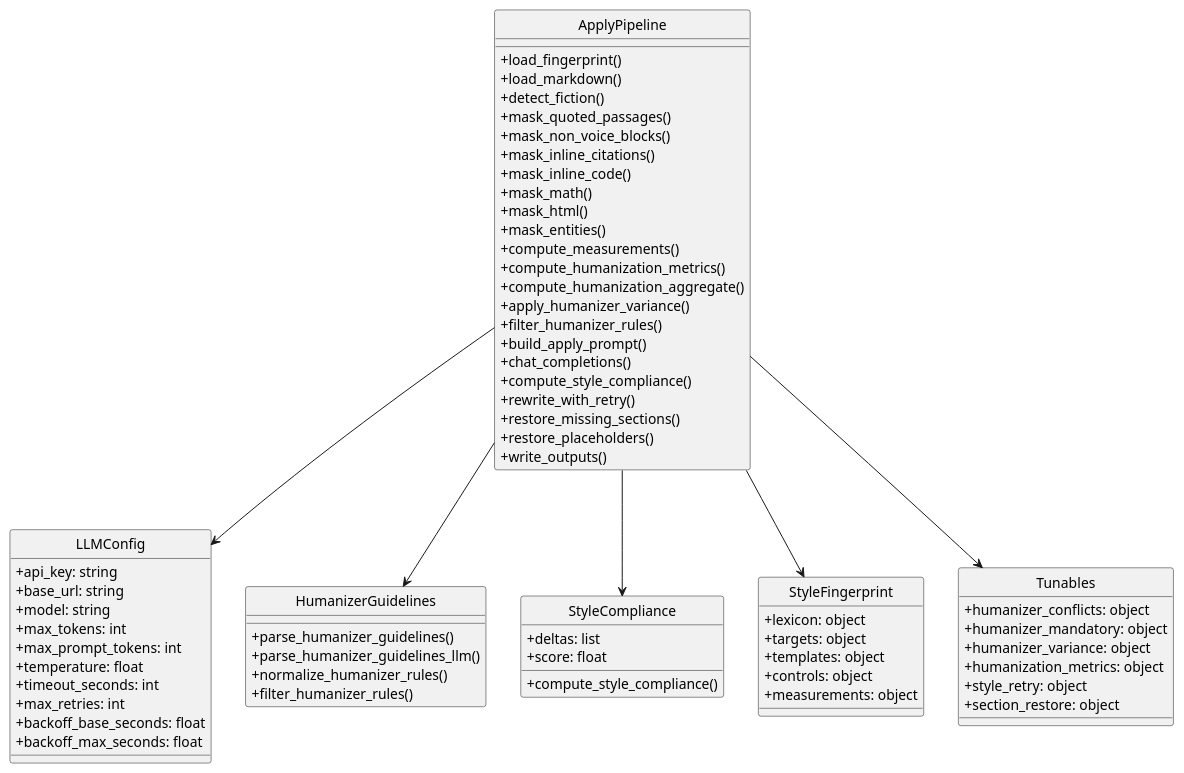
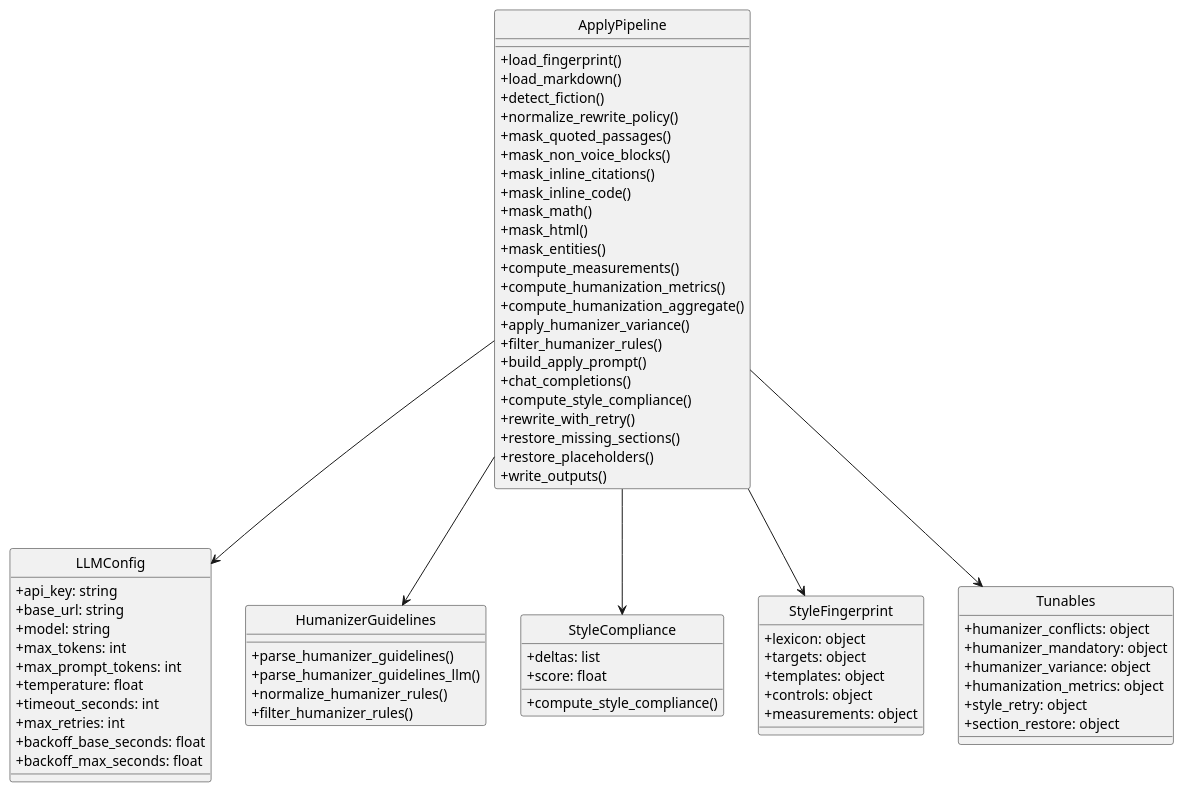
One commit to ngpepin/stylometric-transfer changed the first of 3 diagrams in UML-Apply.md. Above: the diagram before and after it, drawn with PlantUML. The commit also changed other lines of this file and 6 other files, not shown here.

Commit message:
fix: normalize verbose/duplicative rewrite_policy clauses in fingerprint processing

````diff
--- a/UML-Apply.md
+++ b/UML-Apply.md
@@ -7,80 +7,81 @@
 ```plantuml
 @startuml
 skinparam style strictuml
 skinparam classAttributeIconSize 0
 
 class LLMConfig {
   +api_key: string
   +base_url: string
   +model: string
   +max_tokens: int
   +max_prompt_tokens: int
   +temperature: float
   +timeout_seconds: int
   +max_retries: int
   +backoff_base_seconds: float
   +backoff_max_seconds: float
 }
 
 class ApplyPipeline {
   +load_fingerprint()
   +load_markdown()
   +detect_fiction()
+  +normalize_rewrite_policy()
   +mask_quoted_passages()
   +mask_non_voice_blocks()
   +mask_inline_citations()
   +mask_inline_code()
   +mask_math()
   +mask_html()
   +mask_entities()
   +compute_measurements()
   +compute_humanization_metrics()
   +compute_humanization_aggregate()
   +apply_humanizer_variance()
   +filter_humanizer_rules()
   +build_apply_prompt()
   +chat_completions()
   +compute_style_compliance()
   +rewrite_with_retry()
   +restore_missing_sections()
   +restore_placeholders()
   +write_outputs()
 }
 
 class HumanizerGuidelines {
   +parse_humanizer_guidelines()
   +parse_humanizer_guidelines_llm()
   +normalize_humanizer_rules()
   +filter_humanizer_rules()
 }
 
 class StyleCompliance {
   +compute_style_compliance()
   +deltas: list
   +score: float
 }
 
 class StyleFingerprint {
   +lexicon: object
   +targets: object
   +templates: object
   +controls: object
   +measurements: object
 }
 
 class Tunables {
   +humanizer_conflicts: object
   +humanizer_mandatory: object
   +humanizer_variance: object
   +humanization_metrics: object
   +style_retry: object
   +section_restore: object
 }
 
 ApplyPipeline --> LLMConfig
 ApplyPipeline --> StyleFingerprint
 ApplyPipeline --> HumanizerGuidelines
 ApplyPipeline --> StyleCompliance
 ApplyPipeline --> Tunables
 @enduml
 ```
````
